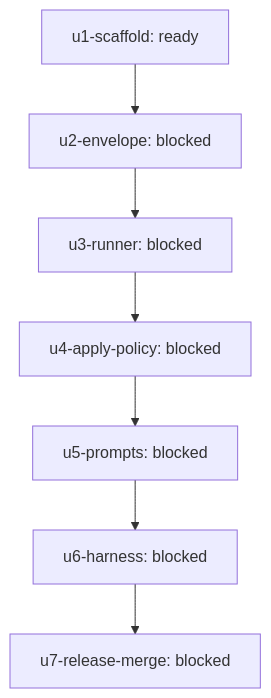
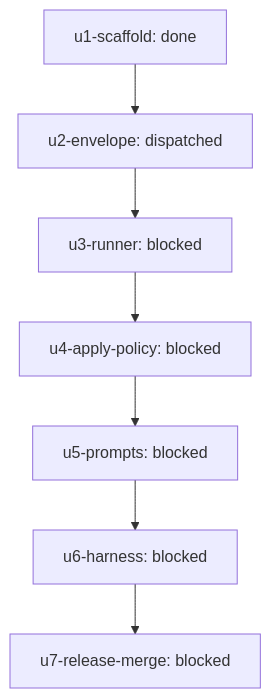
One commit to infiquetra/infiquetra-claude-plugins changed the diagram in docs/outcomes/antigravity-teammate-plugin/report.md. Above: the diagram before and after it, drawn with Mermaid. The commit also changed other lines of this file, not shown here.

````diff
--- a/docs/outcomes/antigravity-teammate-plugin/report.md
+++ b/docs/outcomes/antigravity-teammate-plugin/report.md
@@ -7,16 +7,16 @@
 ```mermaid
 flowchart TD
-    u1-scaffold["u1-scaffold: ready"]
-    u2-envelope["u2-envelope: blocked"]
+    u1-scaffold["u1-scaffold: done"]
+    u2-envelope["u2-envelope: dispatched"]
     u3-runner["u3-runner: blocked"]
     u4-apply-policy["u4-apply-policy: blocked"]
     u5-prompts["u5-prompts: blocked"]
     u6-harness["u6-harness: blocked"]
     u7-release-merge["u7-release-merge: blocked"]
     u1-scaffold --> u2-envelope
     u2-envelope --> u3-runner
     u3-runner --> u4-apply-policy
     u4-apply-policy --> u5-prompts
     u5-prompts --> u6-harness
     u6-harness --> u7-release-merge
 ```
````
